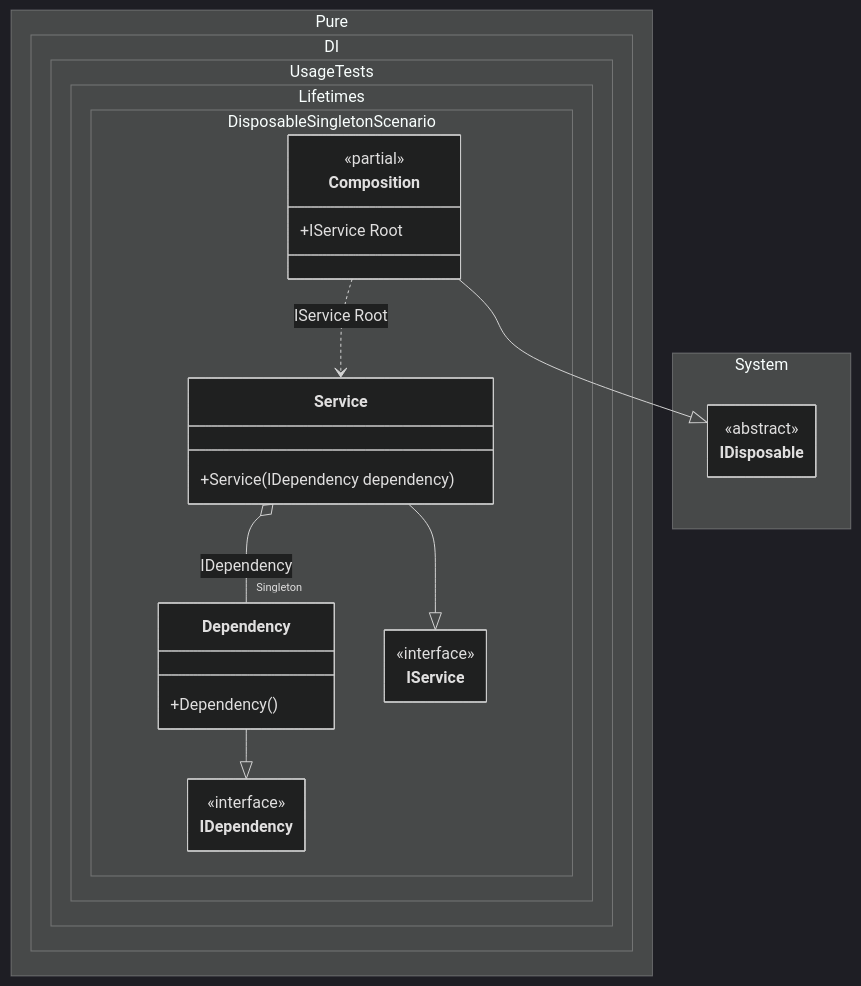
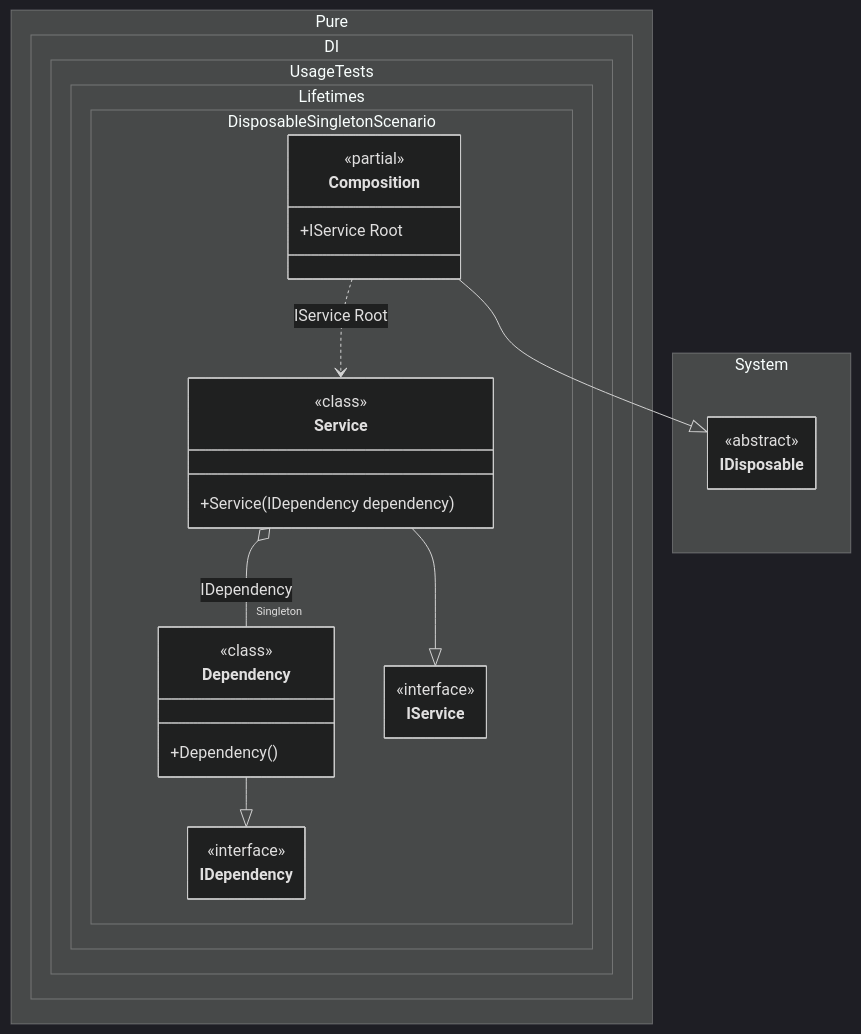
One commit to DevTeam/Pure.DI changed the diagram in readme/disposable-singleton.md. Above: the diagram before and after it, drawn with Mermaid (dark theme). The commit also changed 145 other files, not shown here.

````diff
--- a/readme/disposable-singleton.md
+++ b/readme/disposable-singleton.md
@@ -164,36 +164,40 @@
 ```mermaid
 ---
  config:
+  maxTextSize: 2147483647
+  maxEdges: 2147483647
   class:
    hideEmptyMembersBox: true
 ---
 classDiagram
 	Composition --|> IDisposable
 	Dependency --|> IDependency
 	Service --|> IService
 	Composition ..> Service : IService Root
 	Service o-- "Singleton" Dependency : IDependency
 	namespace Pure.DI.UsageTests.Lifetimes.DisposableSingletonScenario {
 		class Composition {
 		<<partial>>
 		+IService Root
 		}
 		class Dependency {
+				<<class>>
 			+Dependency()
 		}
 		class IDependency {
 			<<interface>>
 		}
 		class IService {
 			<<interface>>
 		}
 		class Service {
+				<<class>>
 			+Service(IDependency dependency)
 		}
 	}
 	namespace System {
 		class IDisposable {
 			<<abstract>>
 		}
 	}
 ```
````
